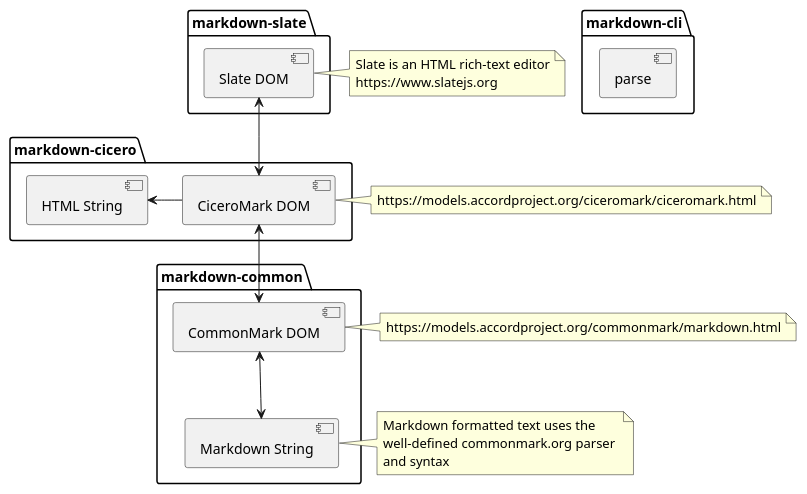
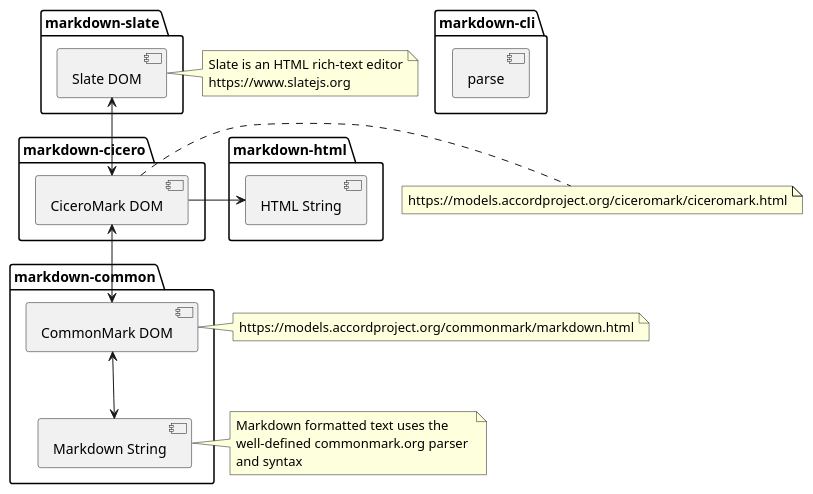
One commit to accordproject/markdown-transform changed the diagram in architecture.puml. Above: the diagram before and after it, drawn with PlantUML. The commit also changed 29 other files, not shown here.

```diff
--- a/architecture.puml
+++ b/architecture.puml
@@ -1,40 +1,43 @@
 @startuml
 
 package "markdown-cli" {
   [parse]
 }
 
 package "markdown-common" {
   [Markdown String] <-up-> [CommonMark DOM]
 }
 
 note right of [CommonMark DOM]
   https://models.accordproject.org/commonmark/markdown.html
 end note
 
 note right of [Markdown String]
   Markdown formatted text uses the 
   well-defined commonmark.org parser 
   and syntax
 end note
 
 package "markdown-cicero" {
   [CommonMark DOM] <-up-> [CiceroMark DOM]
-  [HTML String] <- [CiceroMark DOM]
+}
+
+package "markdown-html" {
+  [CiceroMark DOM] -> [HTML String]
 }
 
 note right of [CiceroMark DOM]
   https://models.accordproject.org/ciceromark/ciceromark.html
 end note
 
 package "markdown-slate" {
   [CiceroMark DOM] <-up-> [Slate DOM]
 }
 
 note right of [Slate DOM]
   Slate is an HTML rich-text editor
   https://www.slatejs.org
 end note
 
 
 @enduml
```
